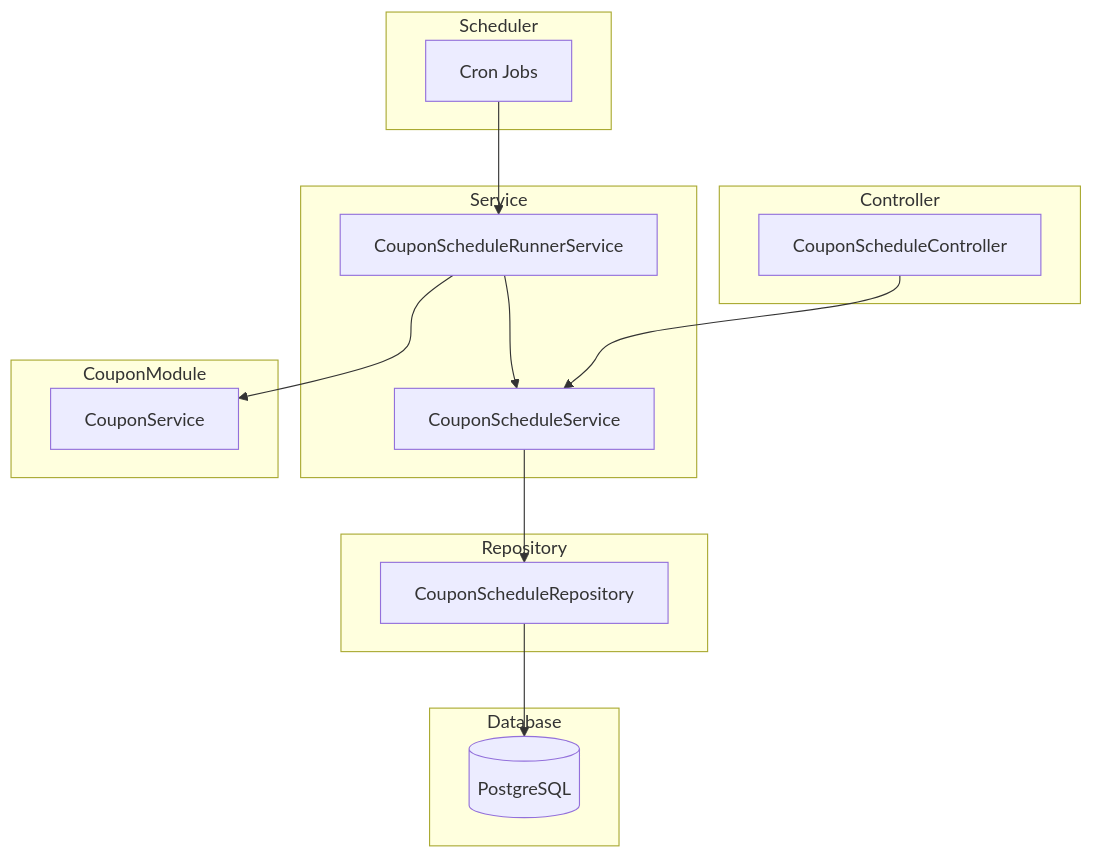
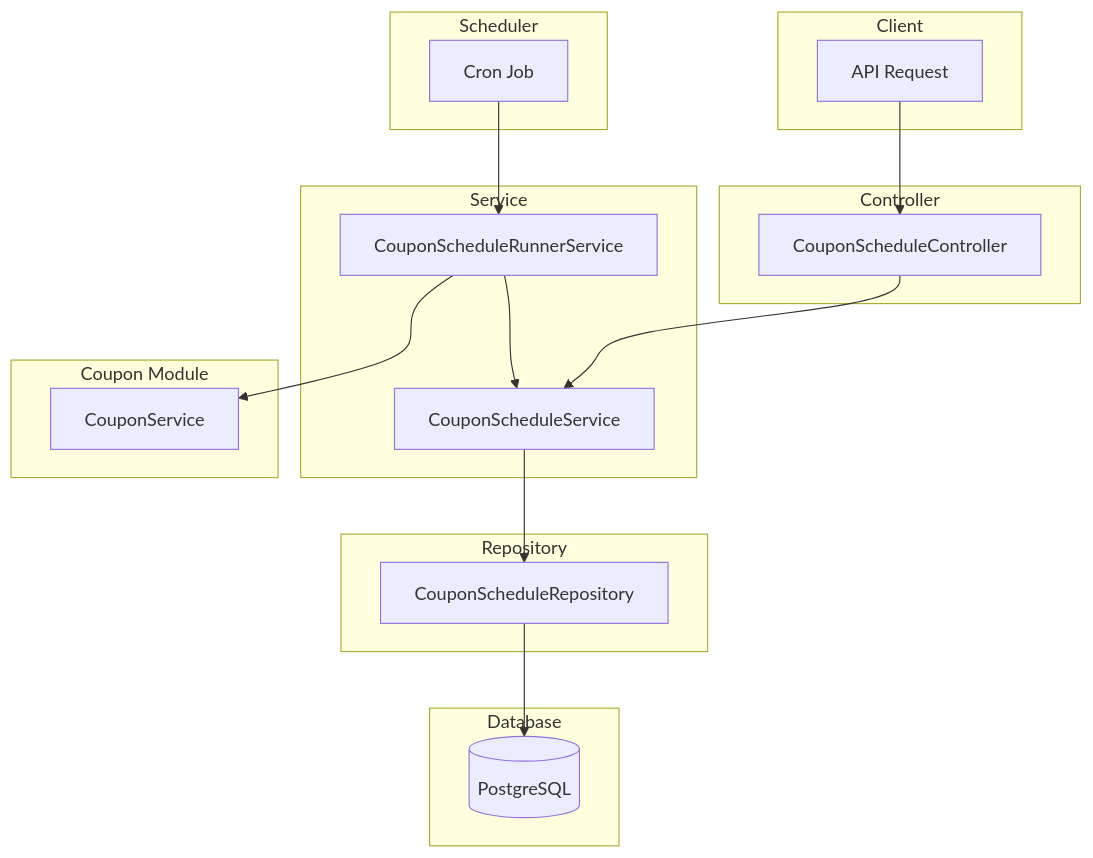
One commit to ZombieGenZ/gen-hub changed the diagram in server/documents/api-document/coupon-schedule-module.md. Above: the diagram before and after it, drawn with Mermaid. The commit also changed other lines of this file and 32 other files, not shown here.

````diff
--- a/server/documents/api-document/coupon-schedule-module.md
+++ b/server/documents/api-document/coupon-schedule-module.md
@@ -11,34 +13,39 @@
 ```mermaid
 flowchart TB
+    subgraph Client
+        A[API Request]
+    end
+    
     subgraph Controller
-        A[CouponScheduleController]
+        B[CouponScheduleController]
     end
-
+    
     subgraph Service
-        B[CouponScheduleService]
-        C[CouponScheduleRunnerService]
+        C[CouponScheduleService]
+        D[CouponScheduleRunnerService]
     end
-
+    
+    subgraph Scheduler
+        E[Cron Job]
+    end
+    
     subgraph Repository
-        D[CouponScheduleRepository]
+        F[CouponScheduleRepository]
     end
-
+    
     subgraph Database
-        E[(PostgreSQL)]
+        G[(PostgreSQL)]
     end
-
-    subgraph CouponModule
-        F[CouponService]
+    
+    subgraph Coupon Module
+        H[CouponService]
     end
-
-    subgraph Scheduler
-        G[Cron Jobs]
-    end
-
+    
     A --> B
-    B --> D
-    D --> E
-    G --> C
-    C --> B
+    B --> C
+    E --> D
+    D --> C
     C --> F
+    F --> G
+    D --> H
 ```
````
